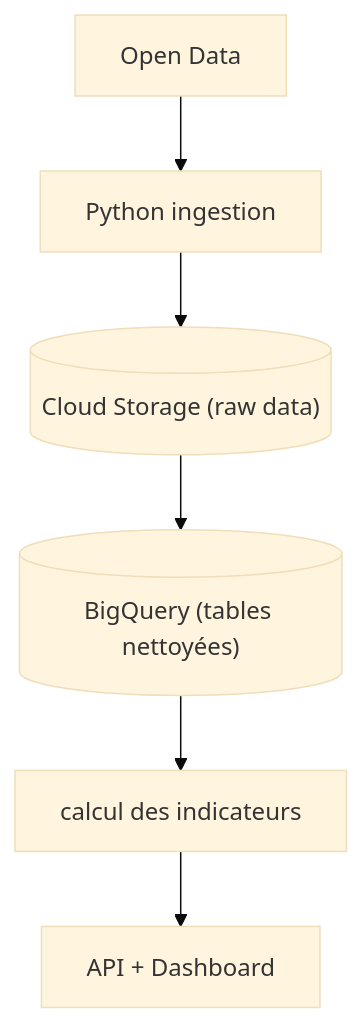
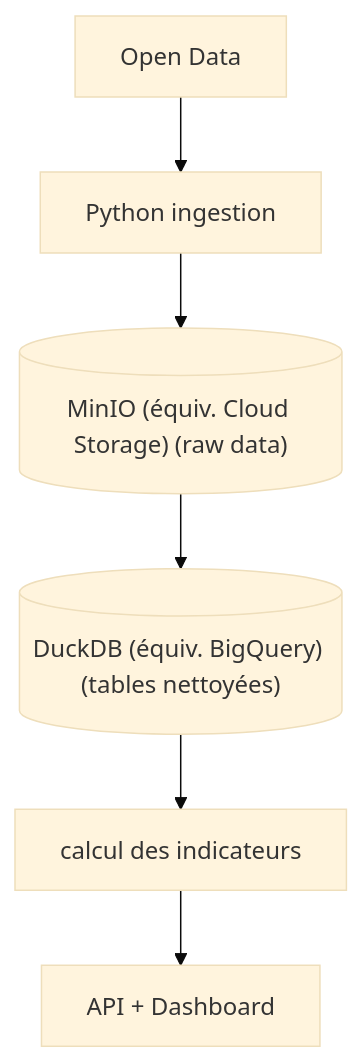
The diagram in README.md (salouatiq/BSTO), drawn with Mermaid (base theme) before and after one commit.

Commit message:
Remplacer Cloud Storage & BigQuery dans l'architecture par des outils open source/gratuits

````diff
--- a/README.md
+++ b/README.md
@@ -65,8 +65,8 @@
 ```mermaid
 graph TD
     A[Open Data] --> B[Python ingestion]
-    B --> C[("Cloud Storage (raw data)")]
-    C --> D[("BigQuery (tables nettoyées)")]
+    B --> C[("MinIO (équiv. Cloud Storage) (raw data)")]
+    C --> D[("DuckDB (équiv. BigQuery) (tables nettoyées)")]
     D --> E[calcul des indicateurs]
     E --> F[API + Dashboard]
 ```
````
